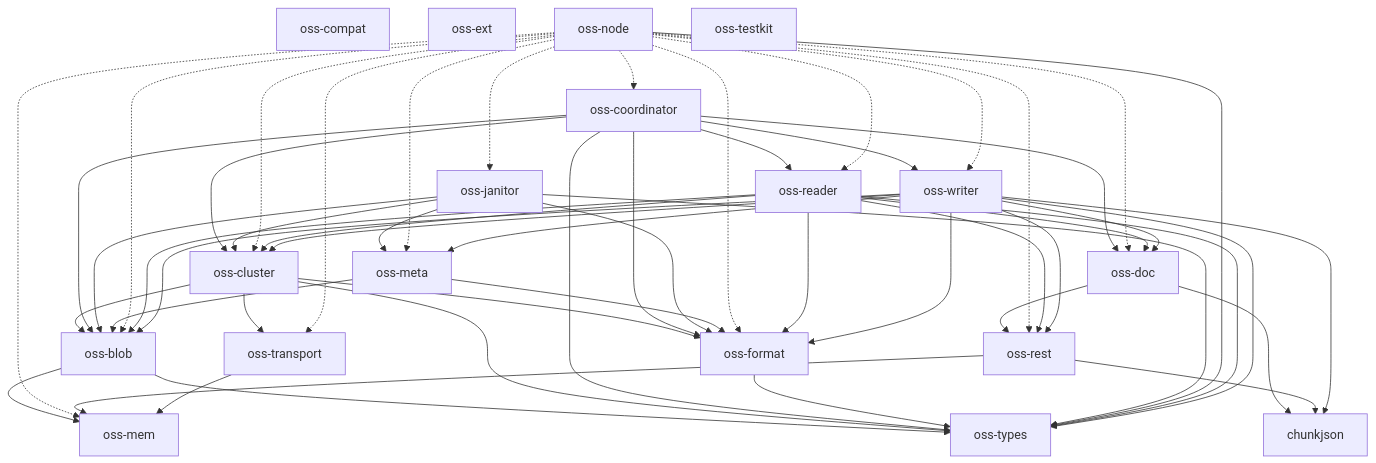
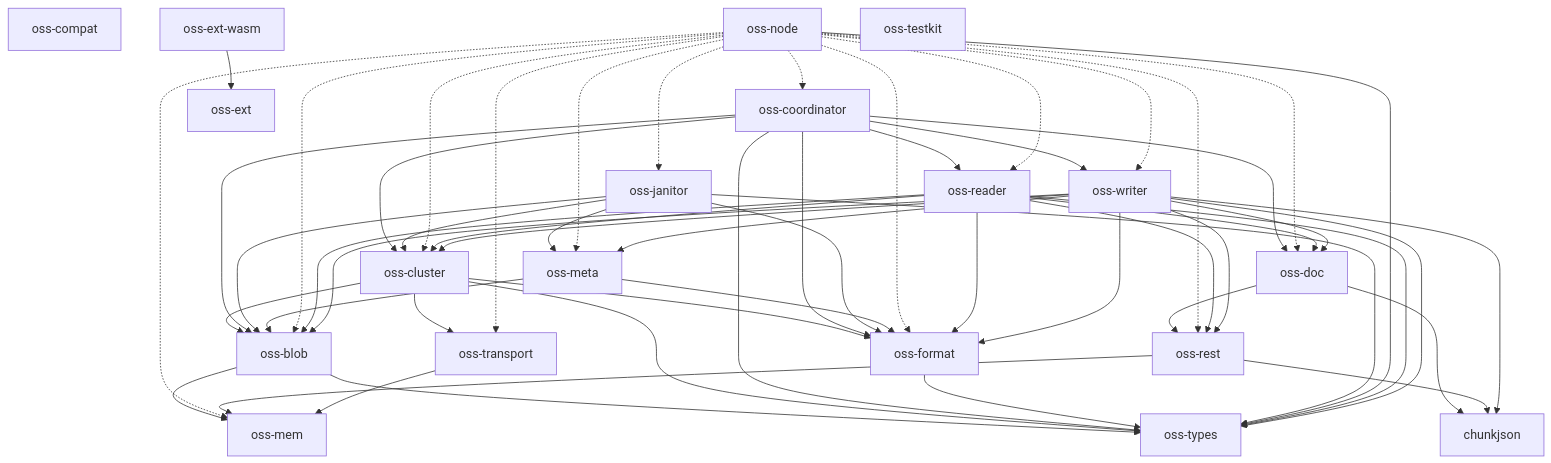
The diagram in docs/architecture.md (huyz0/opensearch-serverless), drawn with Mermaid before and after one commit. The commit also changed 24 other files, not shown here.

First line of the commit message:
feat(ext-wasm): the WASM host for extension modules, with limits, a concurrency gate and hostile-module tests

````diff
--- a/docs/architecture.md
+++ b/docs/architecture.md
@@ -10,62 +10,63 @@
 ```mermaid
 graph TD
     chunkjson
     oss-blob --> oss-mem
     oss-blob --> oss-types
     oss-cluster --> oss-blob
     oss-cluster --> oss-format
     oss-cluster --> oss-transport
     oss-cluster --> oss-types
     oss-compat
     oss-coordinator --> oss-blob
     oss-coordinator --> oss-cluster
     oss-coordinator --> oss-doc
     oss-coordinator --> oss-format
     oss-coordinator --> oss-reader
     oss-coordinator --> oss-types
     oss-coordinator --> oss-writer
     oss-doc --> chunkjson
     oss-doc --> oss-rest
     oss-ext
+    oss-ext-wasm --> oss-ext
     oss-format --> oss-types
     oss-janitor --> oss-blob
     oss-janitor --> oss-cluster
     oss-janitor --> oss-format
     oss-janitor --> oss-meta
     oss-janitor --> oss-types
     oss-mem
     oss-meta --> oss-blob
     oss-meta --> oss-format
     oss-node -.-> oss-blob
     oss-node -.-> oss-cluster
     oss-node -.-> oss-coordinator
     oss-node -.-> oss-doc
     oss-node -.-> oss-format
     oss-node -.-> oss-janitor
     oss-node -.-> oss-mem
     oss-node -.-> oss-meta
     oss-node -.-> oss-reader
     oss-node -.-> oss-rest
     oss-node -.-> oss-transport
     oss-node --> oss-types
     oss-node -.-> oss-writer
     oss-reader --> oss-blob
     oss-reader --> oss-cluster
     oss-reader --> oss-doc
     oss-reader --> oss-format
     oss-reader --> oss-rest
     oss-reader --> oss-types
     oss-rest --> chunkjson
     oss-rest --> oss-mem
     oss-testkit
     oss-transport --> oss-mem
     oss-types
     oss-writer --> chunkjson
     oss-writer --> oss-blob
     oss-writer --> oss-cluster
     oss-writer --> oss-doc
     oss-writer --> oss-format
     oss-writer --> oss-meta
     oss-writer --> oss-rest
     oss-writer --> oss-types
 ```
````
